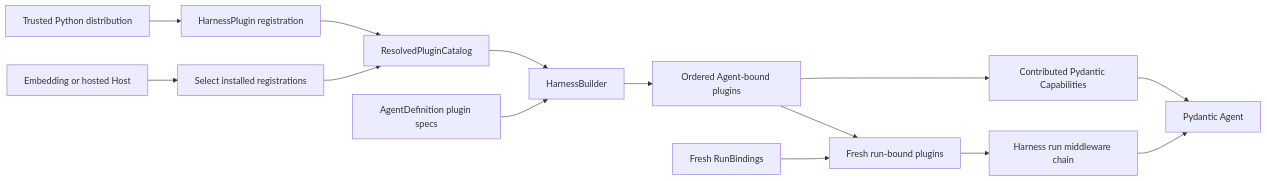
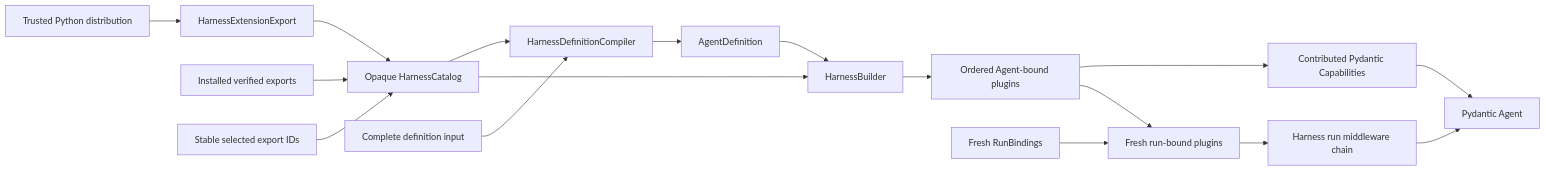
One commit to LTThreeComma/agent-foundation changed the first of 2 diagrams in spec/agent-harness/05-plugin-system.md. Above: the diagram before and after it, drawn with Mermaid. The commit also changed other lines of this file and 19 other files, not shown here.

Commit message:
feat(harness): define extension and subagent runtime contracts

````diff
--- a/spec/agent-harness/05-plugin-system.md
+++ b/spec/agent-harness/05-plugin-system.md
@@ -7,16 +7,19 @@
 ```mermaid
 flowchart LR
-    Package[Trusted Python distribution] --> Export[HarnessPlugin registration]
-    Host[Embedding or hosted Host] --> Select[Select installed registrations]
-    Export --> Catalog[ResolvedPluginCatalog]
-    Select --> Catalog
-    Definition[AgentDefinition plugin specs] --> Build[HarnessBuilder]
+    Package[Trusted Python distribution] --> Export[HarnessExtensionExport]
+    Installed[Installed verified exports] --> Catalog[Opaque HarnessCatalog]
+    Select[Stable selected export IDs] --> Catalog
+    Export --> Catalog
+    Catalog --> Compiler[HarnessDefinitionCompiler]
+    Definition[Complete definition input] --> Compiler
+    Compiler --> Compiled[AgentDefinition]
+    Compiled --> Build[HarnessBuilder]
     Catalog --> Build
     Build --> Plugins[Ordered Agent-bound plugins]
     Plugins --> Caps[Contributed Pydantic Capabilities]
     Caps --> Agent[Pydantic Agent]
     Bindings[Fresh RunBindings] --> Bind[Fresh run-bound plugins]
     Plugins --> Bind
     Bind --> Chain[Harness run middleware chain]
     Chain --> Agent
 ```
````
